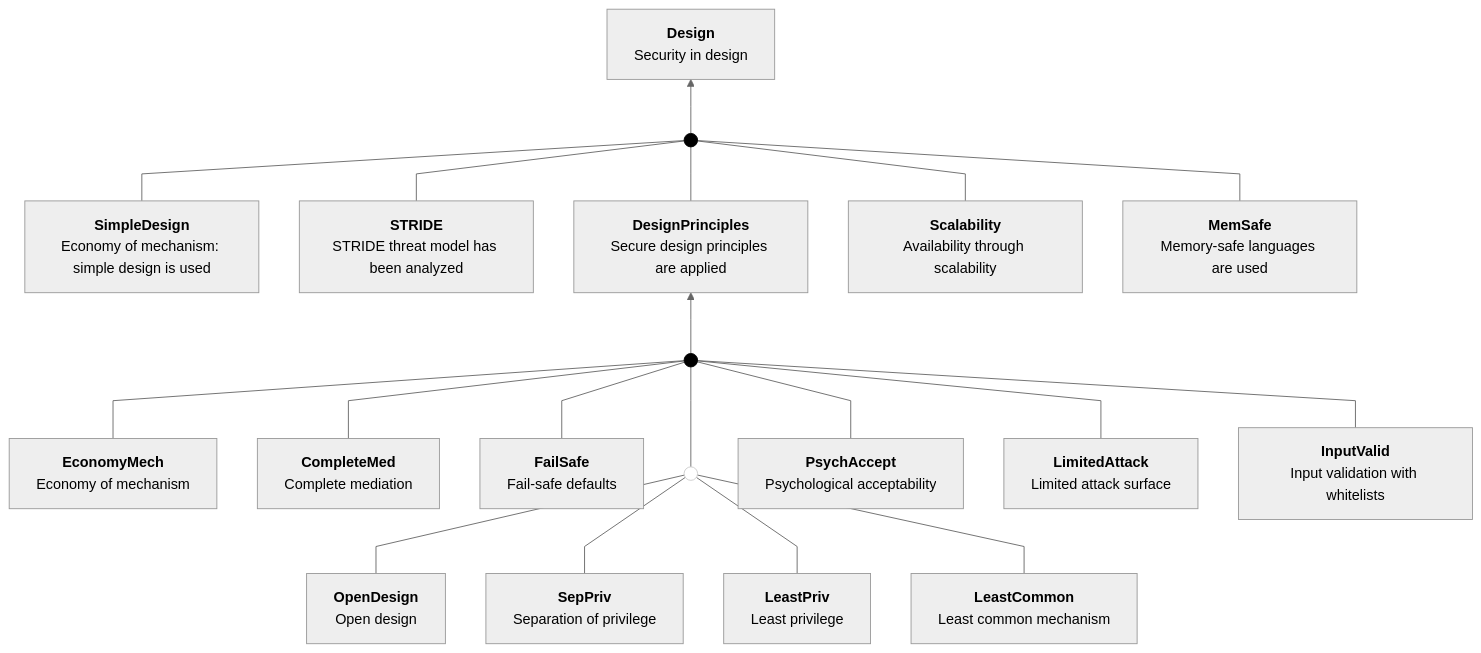
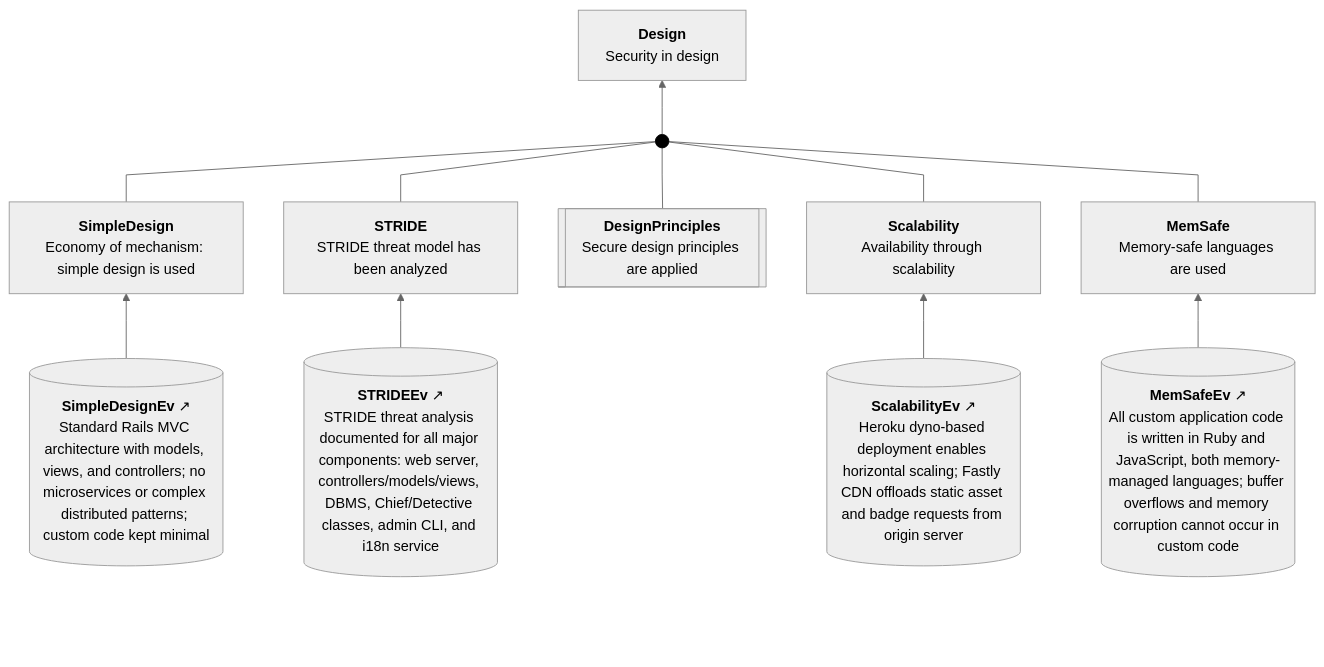
The third of 14 diagrams in docs/case.md (coreinfrastructure/best-practices-badge), drawn with Mermaid before and after one commit. The commit also changed other lines of this file and 1 other file, not shown here.

````diff
--- a/docs/case.md
+++ b/docs/case.md
@@ -226,56 +218,50 @@
 ```mermaid
 ---
 config:
   theme: neutral
   flowchart:
     curve: linear
     htmlLabels: true
     rankSpacing: 60
     nodeSpacing: 45
     padding: 15
 ---
 flowchart BT
     classDef invisible opacity:0
     classDef sacmDot fill:#000,stroke:#000
     classDef connector fill:none,stroke:#cccccc,stroke-width:1px;
     classDef abstractClaim stroke-width:2px,stroke-dasharray: 5 5;
     Design["<b>Design</b><br>Security in design"]
     SimpleDesign["<b>SimpleDesign</b><br>Economy of mechanism: simple design is used"]
     STRIDE["<b>STRIDE</b><br>STRIDE threat model has been analyzed"]
-    DesignPrinciples["<b>DesignPrinciples</b><br>Secure design principles are applied"]
+    None[["<b>DesignPrinciples</b><br>Secure design principles are applied"]]
     Scalability["<b>Scalability</b><br>Availability through scalability"]
     MemSafe["<b>MemSafe</b><br>Memory-safe languages are used"]
-    EconomyMech["<b>EconomyMech</b><br>Economy of mechanism"]
-    CompleteMed["<b>CompleteMed</b><br>Complete mediation"]
-    FailSafe["<b>FailSafe</b><br>Fail-safe defaults"]
-    SynConnect_00000000((" ")):::connector
-    PsychAccept["<b>PsychAccept</b><br>Psychological acceptability"]
-    LimitedAttack["<b>LimitedAttack</b><br>Limited attack surface"]
-    InputValid["<b>InputValid</b><br>Input validation with whitelists"]
-    OpenDesign["<b>OpenDesign</b><br>Open design"]
-    SepPriv["<b>SepPriv</b><br>Separation of privilege"]
-    LeastPriv["<b>LeastPriv</b><br>Least privilege"]
-    LeastCommon["<b>LeastCommon</b><br>Least common mechanism"]
+    SimpleDesignEv[("<b>SimpleDesignEv</b>&nbsp;↗<br>Standard Rails MVC architecture with models, views, and controllers; no microservices or complex distributed patterns; custom code kept minimal")]
+    STRIDEEv[("<b>STRIDEEv</b>&nbsp;↗<br>STRIDE threat analysis documented for all major components: web server, controllers/models/views, DBMS, Chief/Detective classes, admin CLI, and i18n service")]
+    ScalabilityEv[("<b>ScalabilityEv</b>&nbsp;↗<br>Heroku dyno-based deployment enables horizontal scaling; Fastly CDN offloads static asset and badge requests from origin server")]
+    MemSafeEv[("<b>MemSafeEv</b>&nbsp;↗<br>All custom application code is written in Ruby and JavaScript, both memory-managed languages; buffer overflows and memory corruption cannot occur in custom code")]
     Dot1((" ")):::sacmDot
-    Dot2((" ")):::sacmDot
+    click Design "#claim-design"
+    click SimpleDesign "#claim-simpledesign"
+    click STRIDE "#claim-stride"
+    click None "#package-designprinciples"
+    click Scalability "#claim-scalability"
+    click MemSafe "#claim-memsafe"
+    click SimpleDesignEv "#evidence-simpledesignev"
+    click STRIDEEv "#evidence-strideev"
+    click ScalabilityEv "#evidence-scalabilityev"
+    click MemSafeEv "#evidence-memsafeev"
 
-    BottomPadding[ ]:::invisible ~~~ SimpleDesign
-    OpenDesign --- SynConnect_00000000
-    SepPriv --- SynConnect_00000000
-    LeastPriv --- SynConnect_00000000
-    LeastCommon --- SynConnect_00000000
-    EconomyMech --- Dot1
-    CompleteMed --- Dot1
-    FailSafe --- Dot1
-    SynConnect_00000000 --- Dot1
-    PsychAccept --- Dot1
-    LimitedAttack --- Dot1
-    InputValid --- Dot1
-    Dot1 --> DesignPrinciples
-    SimpleDesign --- Dot2
-    STRIDE --- Dot2
-    DesignPrinciples --- Dot2
-    Scalability --- Dot2
-    MemSafe --- Dot2
-    Dot2 --> Design
+    BottomPadding[ ]:::invisible ~~~ SimpleDesignEv
+    SimpleDesignEv --> SimpleDesign
+    STRIDEEv --> STRIDE
+    ScalabilityEv --> Scalability
+    MemSafeEv --> MemSafe
+    SimpleDesign --- Dot1
+    STRIDE --- Dot1
+    None --- Dot1
+    Scalability --- Dot1
+    MemSafe --- Dot1
+    Dot1 --> Design
 ```
````
